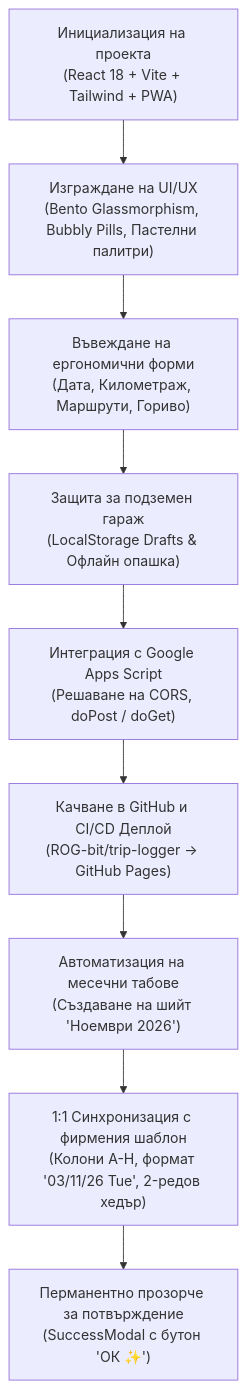
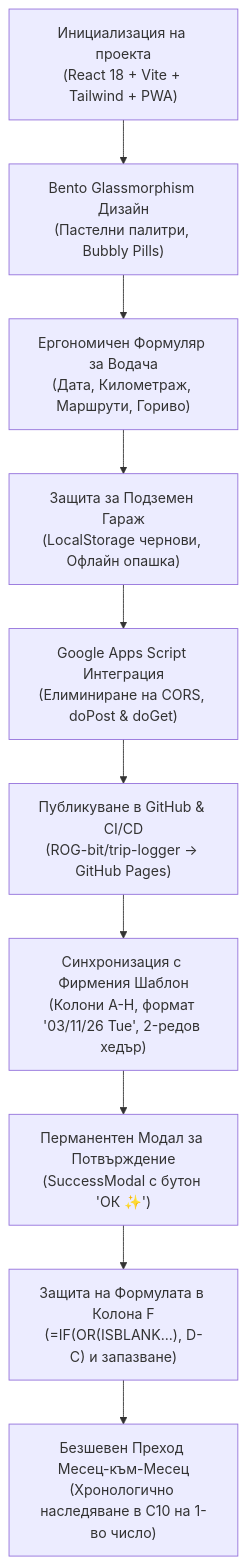
One commit to ROG-bit/trip-logger changed the diagram in PROJECT_REPORT.md. Above: the diagram before and after it, drawn with Mermaid. The commit also changed other lines of this file, not shown here.

````diff
--- a/PROJECT_REPORT.md
+++ b/PROJECT_REPORT.md
@@ -34,11 +39,12 @@
 ```mermaid
 flowchart TD
-    A["Инициализация на проекта\n(React 18 + Vite + Tailwind + PWA)"] --> B["Изграждане на UI/UX\n(Bento Glassmorphism, Bubbly Pills, Пастелни палитри)"]
-    B --> C["Въвеждане на ергономични форми\n(Дата, Километраж, Маршрути, Гориво)"]
-    C --> D["Защита за подземен гараж\n(LocalStorage Drafts & Офлайн опашка)"]
-    D --> E["Интеграция с Google Apps Script\n(Решаване на CORS, doPost / doGet)"]
-    E --> F["Качване в GitHub и CI/CD Деплой\n(ROG-bit/trip-logger -> GitHub Pages)"]
-    F --> G["Автоматизация на месечни табове\n(Създаване на шийт 'Ноември 2026')"]
-    G --> H["1:1 Синхронизация с фирмения шаблон\n(Колони A-H, формат '03/11/26 Tue', 2-редов хедър)"]
-    H --> I["Перманентно прозорче за потвърждение\n(SuccessModal с бутон 'ОК ✨')"]
+    A["Инициализация на проекта\n(React 18 + Vite + Tailwind + PWA)"] --> B["Bento Glassmorphism Дизайн\n(Пастелни палитри, Bubbly Pills)"]
+    B --> C["Ергономичен Формуляр за Водача\n(Дата, Километраж, Маршрути, Гориво)"]
+    C --> D["Защита за Подземен Гараж\n(LocalStorage чернови, Офлайн опашка)"]
+    D --> E["Google Apps Script Интеграция\n(Елиминиране на CORS, doPost & doGet)"]
+    E --> F["Публикуване в GitHub & CI/CD\n(ROG-bit/trip-logger -> GitHub Pages)"]
+    F --> G["Синхронизация с Фирмения Шаблон\n(Колони A-H, формат '03/11/26 Tue', 2-редов хедър)"]
+    G --> H["Перманентен Модал за Потвърждение\n(SuccessModal с бутон 'ОК ✨')"]
+    H --> I["Защита на Формулата в Колона F\n(=IF(OR(ISBLANK...), D-C) и запазване)"]
+    I --> J["Безшевен Преход Месец-към-Месец\n(Хронологично наследяване в C10 на 1-во число)"]
 ```
````
